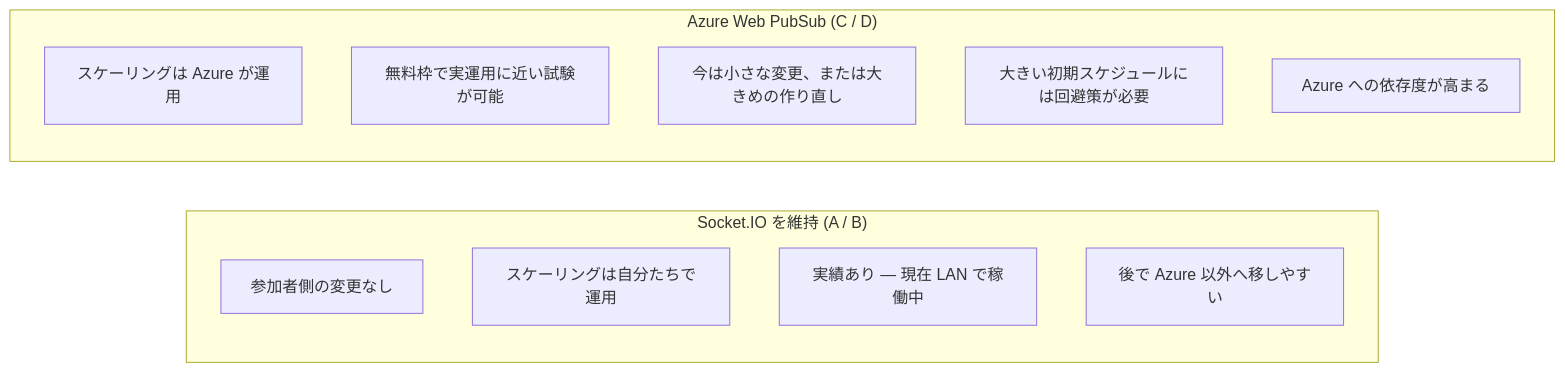
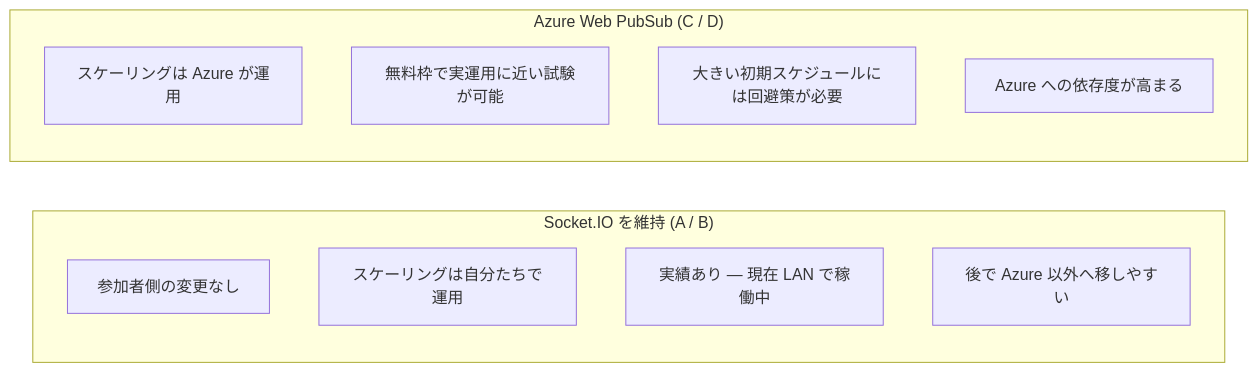
One commit to WhiTeXCharGe/TF_Testing changed the fourth of 8 diagrams in GanttChartEditor/GanttChartEditor_OnlineCollabAzure_Presentation20260904(JP).md. Above: the diagram before and after it, drawn with Mermaid. The commit also changed other lines of this file, not shown here.

````diff
--- a/GanttChartEditor/GanttChartEditor_OnlineCollabAzure_Presentation20260904(JP).md
+++ b/GanttChartEditor/GanttChartEditor_OnlineCollabAzure_Presentation20260904(JP).md
@@ -89,16 +73,15 @@
 ```mermaid
 flowchart LR
   subgraph sio["Socket.IO を維持  (A / B)"]
     s1["参加者側の変更なし"]
     s2["スケーリングは自分たちで運用"]
     s3["実績あり — 現在 LAN で稼働中"]
     s4["後で Azure 以外へ移しやすい"]
   end
   subgraph wps["Azure Web PubSub  (C / D)"]
     w1["スケーリングは Azure が運用"]
     w2["無料枠で実運用に近い試験が可能"]
-    w3["今は小さな変更、または大きめの作り直し"]
-    w4["大きい初期スケジュールには回避策が必要"]
-    w5["Azure への依存度が高まる"]
+    w3["大きい初期スケジュールには回避策が必要"]
+    w4["Azure への依存度が高まる"]
   end
 ```
````
